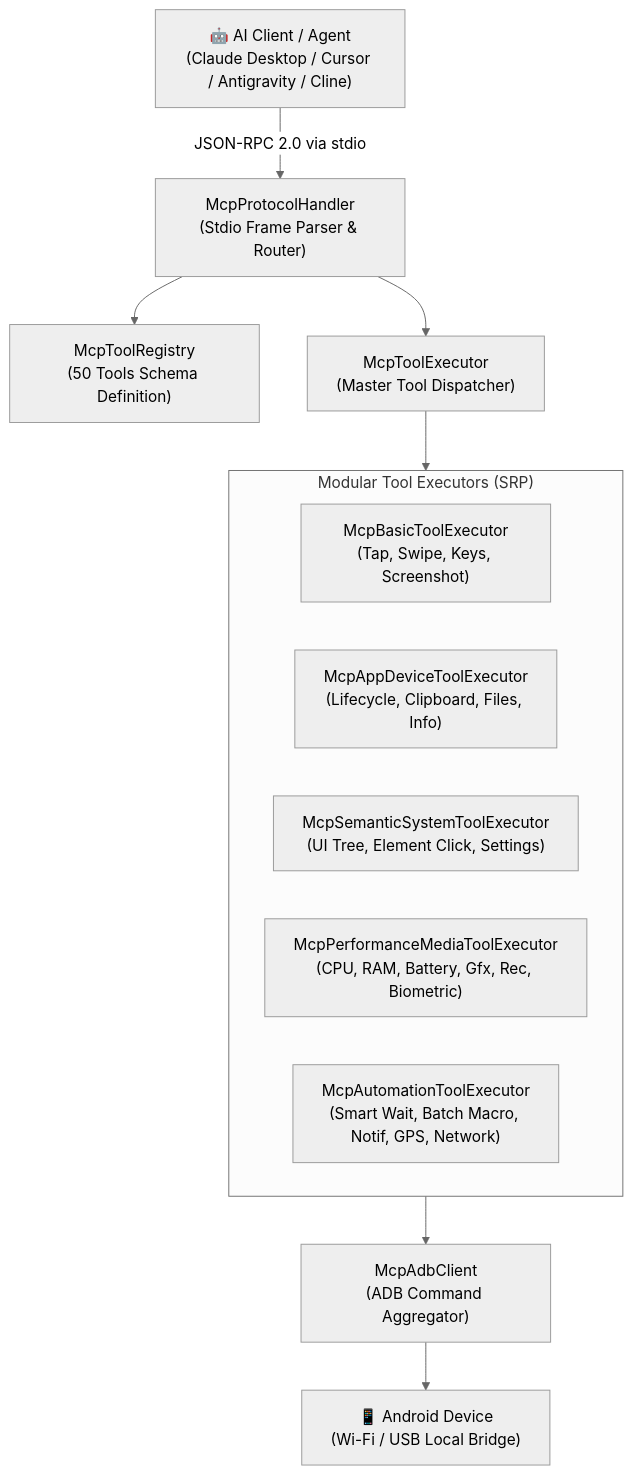
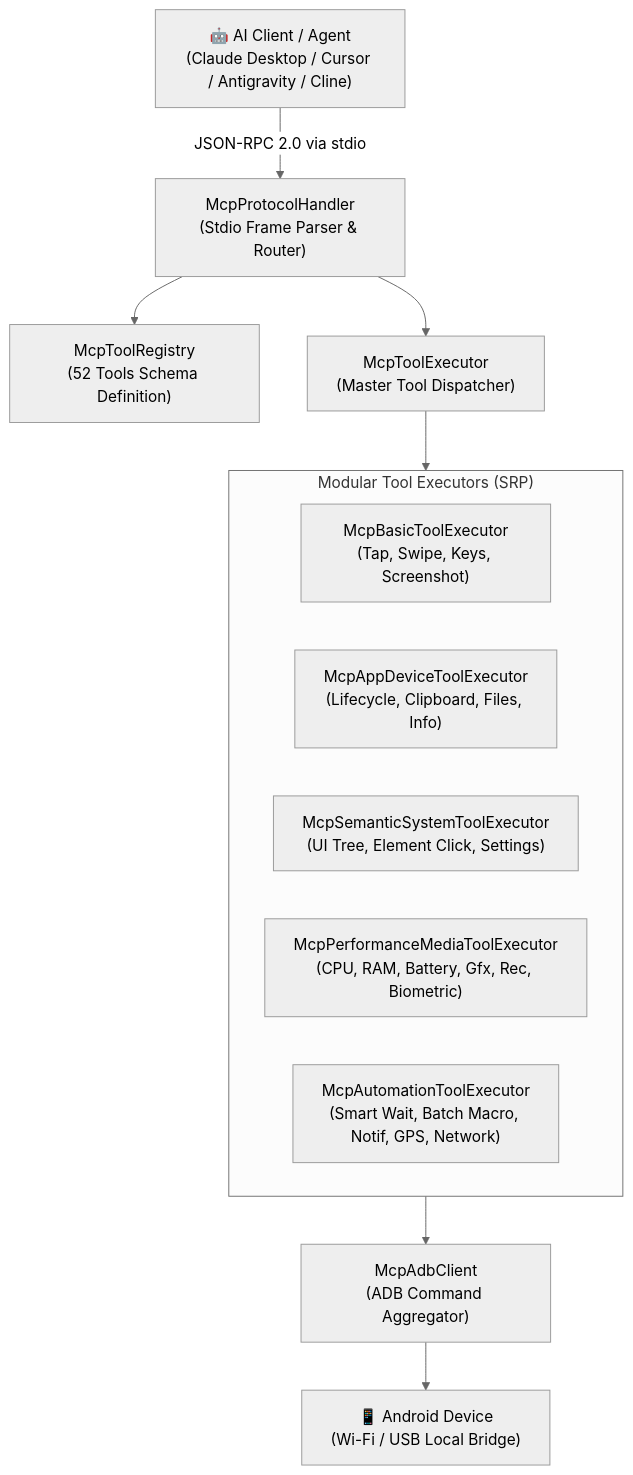
One commit to az-coder-123/azdroid changed the diagram in docs/features/mcp-ai-agent-server.md. Above: the diagram before and after it, drawn with Mermaid (neutral theme). The commit also changed other lines of this file and 73 other files, not shown here.

````diff
--- a/docs/features/mcp-ai-agent-server.md
+++ b/docs/features/mcp-ai-agent-server.md
@@ -17,18 +17,18 @@
 ```mermaid
 flowchart TD
     AI["🤖 AI Client / Agent\n(Claude Desktop / Cursor / Antigravity / Cline)"] -->|JSON-RPC 2.0 via stdio| Handler["McpProtocolHandler\n(Stdio Frame Parser & Router)"]
-    Handler --> Registry["McpToolRegistry\n(50 Tools Schema Definition)"]
+    Handler --> Registry["McpToolRegistry\n(52 Tools Schema Definition)"]
     Handler --> Executor["McpToolExecutor\n(Master Tool Dispatcher)"]
 
     subgraph SubExecutors ["Modular Tool Executors (SRP)"]
         E1["McpBasicToolExecutor\n(Tap, Swipe, Keys, Screenshot)"]
         E2["McpAppDeviceToolExecutor\n(Lifecycle, Clipboard, Files, Info)"]
         E3["McpSemanticSystemToolExecutor\n(UI Tree, Element Click, Settings)"]
         E4["McpPerformanceMediaToolExecutor\n(CPU, RAM, Battery, Gfx, Rec, Biometric)"]
         E5["McpAutomationToolExecutor\n(Smart Wait, Batch Macro, Notif, GPS, Network)"]
     end
 
     Executor --> SubExecutors
     SubExecutors --> Client["McpAdbClient\n(ADB Command Aggregator)"]
     Client --> Phone["📱 Android Device\n(Wi-Fi / USB Local Bridge)"]
 ```
````
